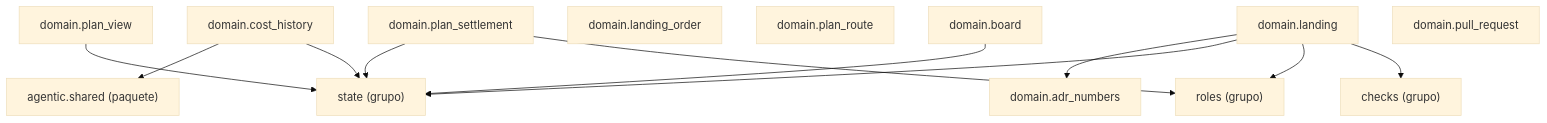
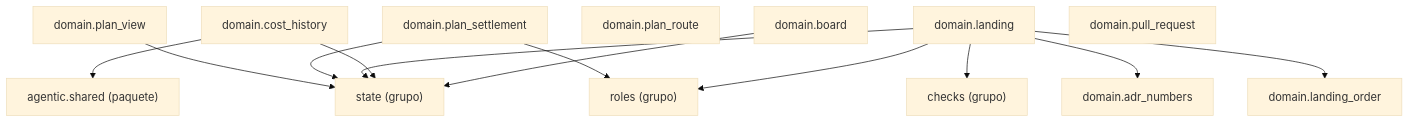
Before and after one commit to GonzaloZevallos/agentic-system: the diagram in docs/architecture/generated/packages-process-domain-landing.md, drawn with Mermaid (base theme).

Commit message:
Regenerate the landing package graph for the new landing_order import

````diff
--- a/docs/architecture/generated/packages-process-domain-landing.md
+++ b/docs/architecture/generated/packages-process-domain-landing.md
@@ -11,26 +11,27 @@
 ```mermaid
 graph TD
     g_domain__checks["checks (grupo)"]
     g_domain__roles["roles (grupo)"]
     g_domain__state["state (grupo)"]
     g_pkg__agentic__shared["agentic.shared (paquete)"]
     m_domain__adr_numbers["domain.adr_numbers"]
     m_domain__board["domain.board"]
     m_domain__cost_history["domain.cost_history"]
     m_domain__landing["domain.landing"]
     m_domain__landing_order["domain.landing_order"]
     m_domain__plan_route["domain.plan_route"]
     m_domain__plan_settlement["domain.plan_settlement"]
     m_domain__plan_view["domain.plan_view"]
     m_domain__pull_request["domain.pull_request"]
     m_domain__board --> g_domain__state
     m_domain__cost_history --> g_domain__state
     m_domain__cost_history --> g_pkg__agentic__shared
     m_domain__landing --> g_domain__checks
     m_domain__landing --> g_domain__roles
     m_domain__landing --> g_domain__state
     m_domain__landing --> m_domain__adr_numbers
+    m_domain__landing --> m_domain__landing_order
     m_domain__plan_settlement --> g_domain__roles
     m_domain__plan_settlement --> g_domain__state
     m_domain__plan_view --> g_domain__state
 ```
````
